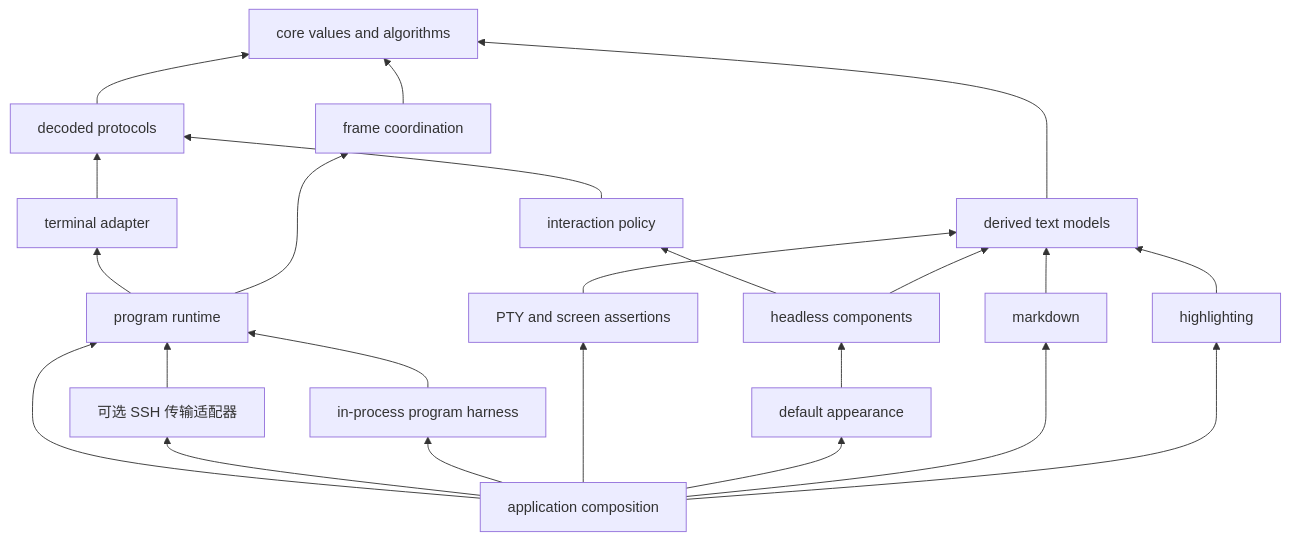
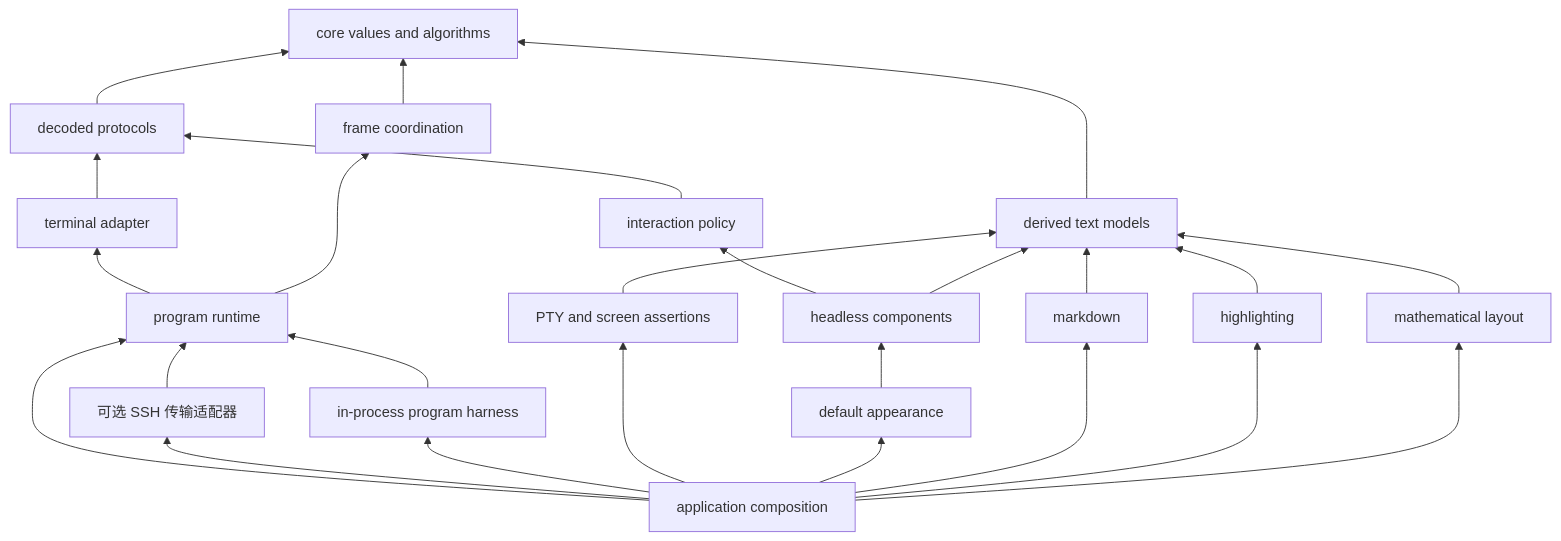
One commit to Tangerg/oolong changed the third of 3 diagrams in docs/architecture.zh-CN.md. Above: the diagram before and after it, drawn with Mermaid. The commit also changed other lines of this file and 38 other files, not shown here.

````diff
--- a/docs/architecture.zh-CN.md
+++ b/docs/architecture.zh-CN.md
@@ -279,26 +279,28 @@
 ```mermaid
 flowchart BT
     Foundation["core values and algorithms"]
     Protocol["decoded protocols"] --> Foundation
     Model["derived text models"] --> Foundation
     Interaction["interaction policy"] --> Protocol
     Coordination["frame coordination"] --> Foundation
     Term["terminal adapter"] --> Protocol
     Program["program runtime"] --> Term
     Program --> Coordination
     SSH["可选 SSH 传输适配器"] --> Program
     ProgramTest["in-process program harness"] --> Program
     Harness["PTY and screen assertions"] --> Model
     Headless["headless components"] --> Interaction
     Headless --> Model
     Kit["default appearance"] --> Headless
     Markdown["markdown"] --> Model
     Highlight["highlighting"] --> Model
+    Latex["mathematical layout"] --> Model
     App["application composition"] --> Program
     App --> SSH
     App --> ProgramTest
     App --> Harness
     App --> Kit
     App --> Markdown
     App --> Highlight
+    App --> Latex
 ```
````
